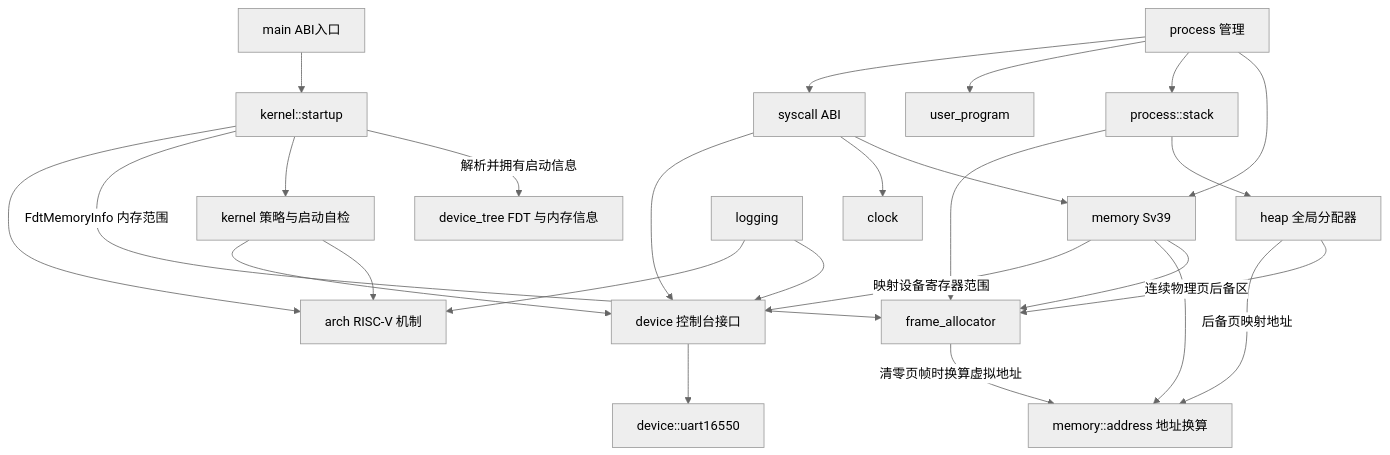
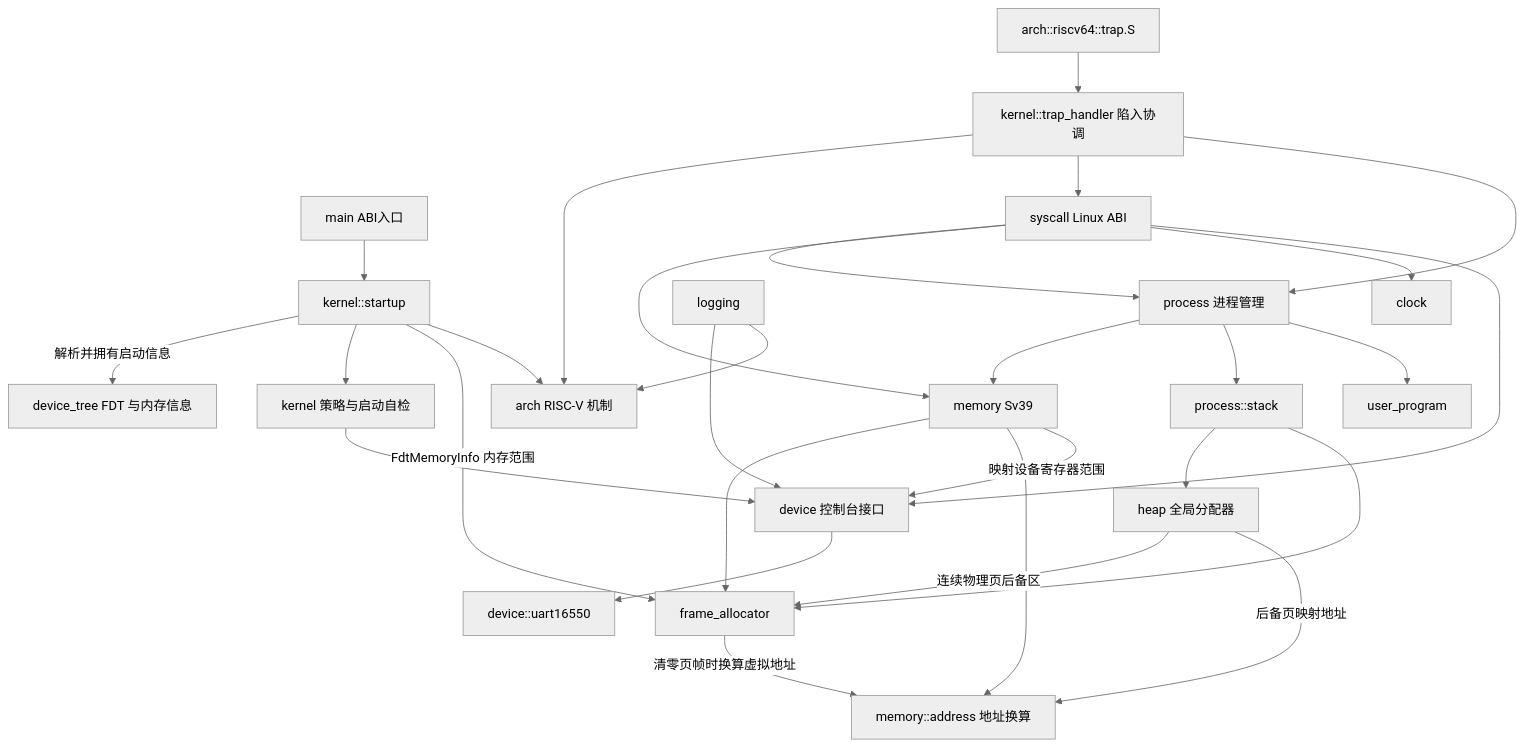
The diagram in docs/architecture.md (logeable/fullemu), drawn with Mermaid (neutral theme) before and after one commit. The commit also changed other lines of this file and 6 other files, not shown here.

````diff
--- a/docs/architecture.md
+++ b/docs/architecture.md
@@ -66,28 +68,31 @@
 ```mermaid
 flowchart TD
     Main[main ABI入口] --> Startup[kernel::startup]
     Startup -->|解析并拥有启动信息| DeviceTree[device_tree FDT 与内存信息]
     Startup --> Kernel[kernel 策略与启动自检]
     Startup -->|FdtMemoryInfo 内存范围| Frames[frame_allocator]
     Heap[heap 全局分配器] -->|连续物理页后备区| Frames
     Heap -->|后备页映射地址| Address[memory::address 地址换算]
     Startup --> Arch[arch RISC-V 机制]
-    Kernel --> Arch
     Kernel --> Device[device 控制台接口]
     Device --> Uart[device::uart16550]
+    ArchTrap[arch::riscv64::trap.S] --> TrapHandler[kernel::trap_handler 陷入协调]
+    TrapHandler --> Arch
+    TrapHandler --> Syscall[syscall Linux ABI]
+    TrapHandler --> Process[process 进程管理]
+    Syscall --> Process[process 进程管理]
     Memory[memory Sv39] --> Frames
     Memory --> Address
     Frames -->|清零页帧时换算虚拟地址| Address
     Memory -->|映射设备寄存器范围| Device
-    Process[process 管理] --> Memory
+    Process --> Memory
     Process --> Stack[process::stack]
     Stack --> Heap
     Stack --> Frames
     Process --> Program[user_program]
-    Process --> Syscall[syscall ABI]
     Syscall --> Memory
     Syscall --> Clock[clock]
     Syscall --> Device
     Logging[logging] --> Device
     Logging --> Arch
 ```
````
